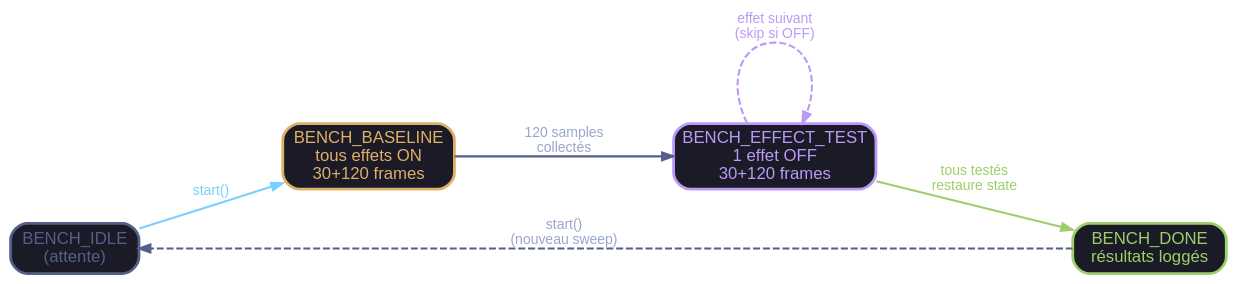
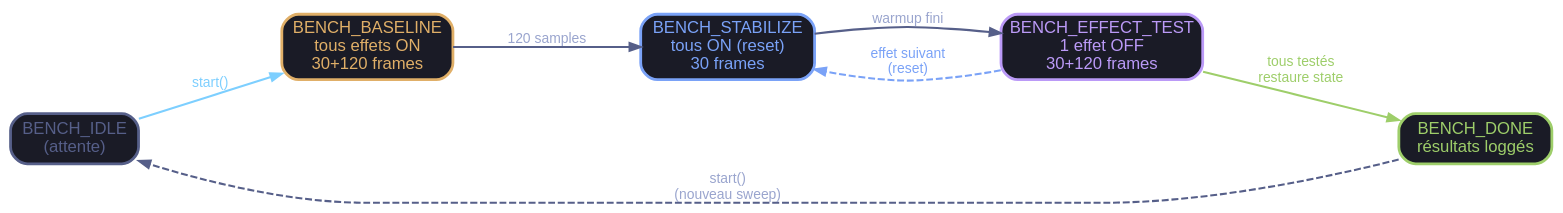
The second of 2 diagrams in docs/effect_benchmark.md (yoyonel/suckless-ogl), drawn with Graphviz before and after one commit. The commit also changed other lines of this file and 1 other file, not shown here.

Commit message:
docs: update effect_benchmark and gpu_profiling
- Add Stabilization, Timeout, and A/B refactor details to effect_benchmark.md.\n- Document conditional profiling behavior for benchmarks in gpu_profiling.md.\n- Fix markdown formatting.

````diff
--- a/docs/effect_benchmark.md
+++ b/docs/effect_benchmark.md
@@ -216,28 +216,31 @@
 ```graphviz
 digraph BenchStateMachine {
     rankdir=LR;
     bgcolor="transparent";
     margin=0.2;
     nodesep=0.8;
     ranksep=1.0;
 
     node [shape=rect, style="filled,rounded", fontname="Helvetica", fontsize=12,
           fillcolor="#24283b", color="#414868", fontcolor="#c0caf5", penwidth=2];
     edge [color="#565f89", fontname="Helvetica", fontsize=10, fontcolor="#9aa5ce",
           arrowsize=0.8, penwidth=1.5];
 
     IDLE [label="BENCH_IDLE\n(attente)", fillcolor="#1a1b26", color="#565f89", fontcolor="#565f89"];
     BASELINE [label="BENCH_BASELINE\ntous effets ON\n30+120 frames",
               fillcolor="#1a1b26", color="#e0af68", fontcolor="#e0af68"];
+    STABILIZE [label="BENCH_STABILIZE\ntous ON (reset)\n30 frames",
+               fillcolor="#1a1b26", color="#7aa2f7", fontcolor="#7aa2f7"];
     EFFECT [label="BENCH_EFFECT_TEST\n1 effet OFF\n30+120 frames",
             fillcolor="#1a1b26", color="#bb9af7", fontcolor="#bb9af7"];
     DONE [label="BENCH_DONE\nrésultats loggés",
           fillcolor="#1a1b26", color="#9ece6a", fontcolor="#9ece6a"];
 
     IDLE -> BASELINE [label="start()", color="#7dcfff", fontcolor="#7dcfff"];
-    BASELINE -> EFFECT [label="120 samples\ncollectés"];
-    EFFECT -> EFFECT [label="effet suivant\n(skip si OFF)", style=dashed, color="#bb9af7", fontcolor="#bb9af7"];
+    BASELINE -> STABILIZE [label="120 samples"];
+    STABILIZE -> EFFECT [label="warmup fini"];
+    EFFECT -> STABILIZE [label="effet suivant\n(reset)", style=dashed, color="#7aa2f7", fontcolor="#7aa2f7"];
     EFFECT -> DONE [label="tous testés\nrestaure state", color="#9ece6a", fontcolor="#9ece6a"];
     DONE -> IDLE [label="start()\n(nouveau sweep)", style=dashed];
 }
 ```
````
